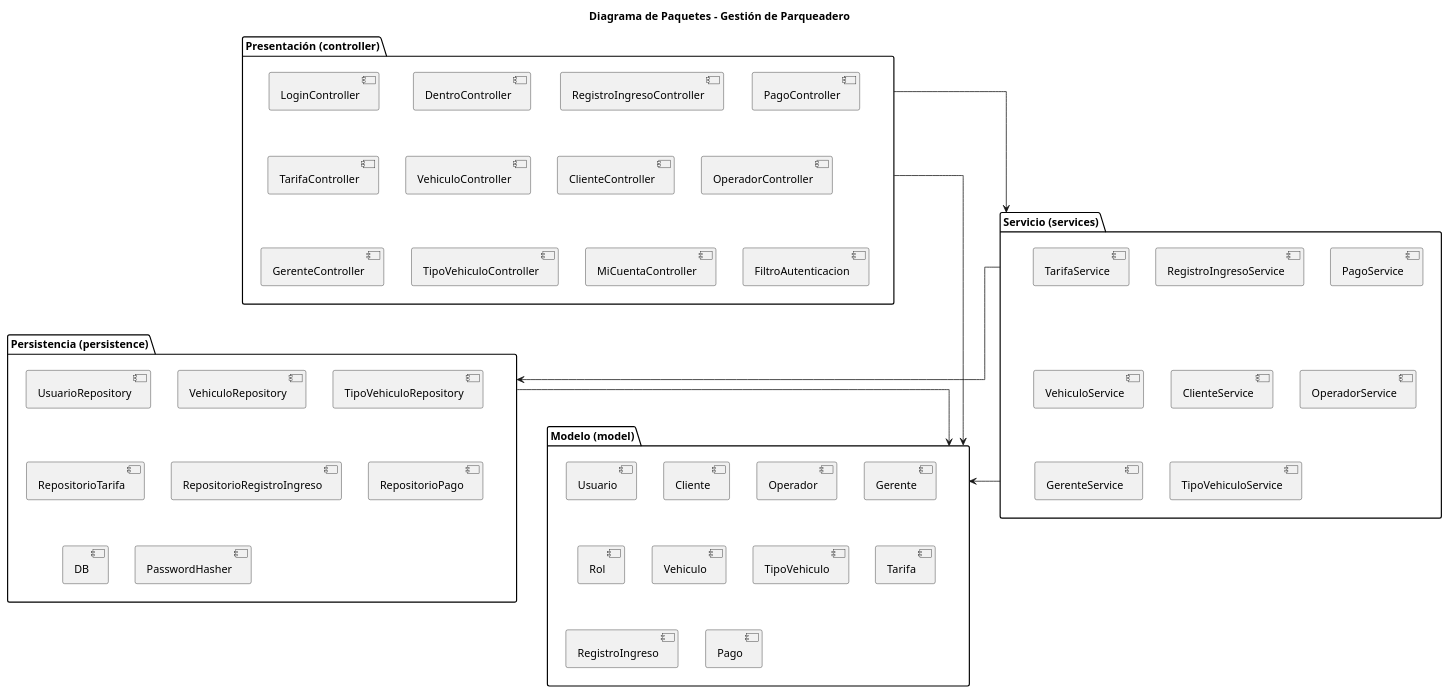
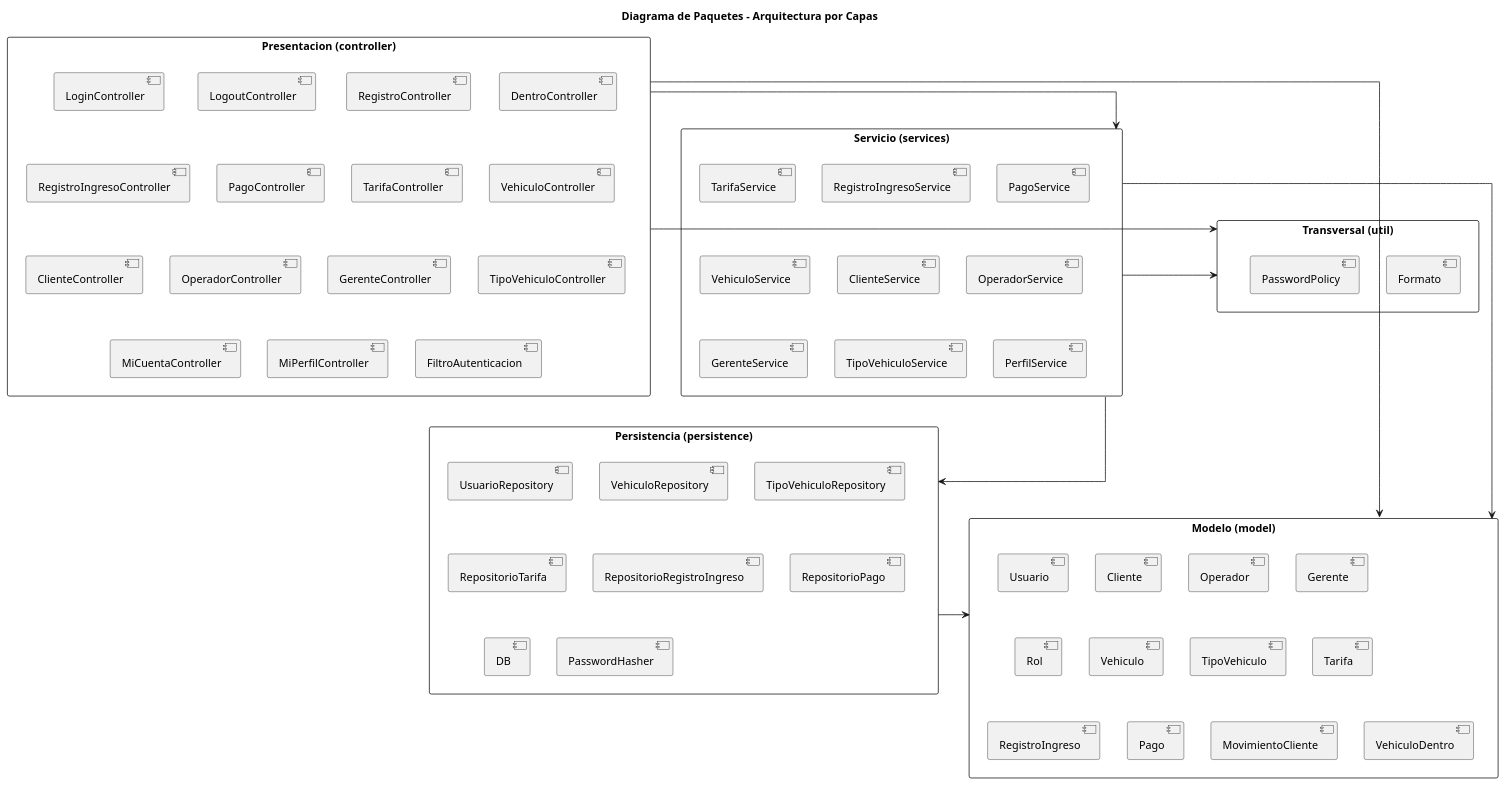
Before and after one commit to xdark-nessx20/demo_parq_temp: the diagram in docs/domain/diagrama-paquetes.puml, drawn with PlantUML. The commit also changed 20 other files, not shown here.

First line of the commit message:
Docs: UML actualizados y concordes con el proyecto + capturas de pantalla

```diff
--- a/docs/domain/diagrama-paquetes.puml
+++ b/docs/domain/diagrama-paquetes.puml
@@ -1,60 +1,74 @@
 @startuml
-title Diagrama de Paquetes - Gestión de Parqueadero
+title Diagrama de Paquetes - Arquitectura por Capas
 skinparam linetype ortho
+skinparam packageStyle rectangle
 
-package "Presentación (controller)" {
+package "Presentacion (controller)" {
   [LoginController]
+  [LogoutController]
+  [RegistroController]
   [DentroController]
   [RegistroIngresoController]
   [PagoController]
   [TarifaController]
   [VehiculoController]
   [ClienteController]
   [OperadorController]
   [GerenteController]
   [TipoVehiculoController]
   [MiCuentaController]
+  [MiPerfilController]
   [FiltroAutenticacion]
 }
 
 package "Servicio (services)" {
   [TarifaService]
   [RegistroIngresoService]
   [PagoService]
   [VehiculoService]
   [ClienteService]
   [OperadorService]
   [GerenteService]
   [TipoVehiculoService]
+  [PerfilService]
 }
 
 package "Persistencia (persistence)" {
   [UsuarioRepository]
   [VehiculoRepository]
   [TipoVehiculoRepository]
   [RepositorioTarifa]
   [RepositorioRegistroIngreso]
   [RepositorioPago]
   [DB]
   [PasswordHasher]
 }
 
 package "Modelo (model)" {
   [Usuario]
   [Cliente]
   [Operador]
   [Gerente]
   [Rol]
   [Vehiculo]
   [TipoVehiculo]
   [Tarifa]
   [RegistroIngreso]
   [Pago]
+  [MovimientoCliente]
+  [VehiculoDentro]
 }
 
-"Presentación (controller)" --> "Servicio (services)"
-"Presentación (controller)" --> "Modelo (model)"
+package "Transversal (util)" {
+  [Formato]
+  [PasswordPolicy]
+}
+
+"Presentacion (controller)" --> "Servicio (services)"
+"Presentacion (controller)" --> "Modelo (model)"
+"Presentacion (controller)" --> "Transversal (util)"
 "Servicio (services)" --> "Persistencia (persistence)"
 "Servicio (services)" --> "Modelo (model)"
+"Servicio (services)" --> "Transversal (util)"
 "Persistencia (persistence)" --> "Modelo (model)"
 @enduml
```
